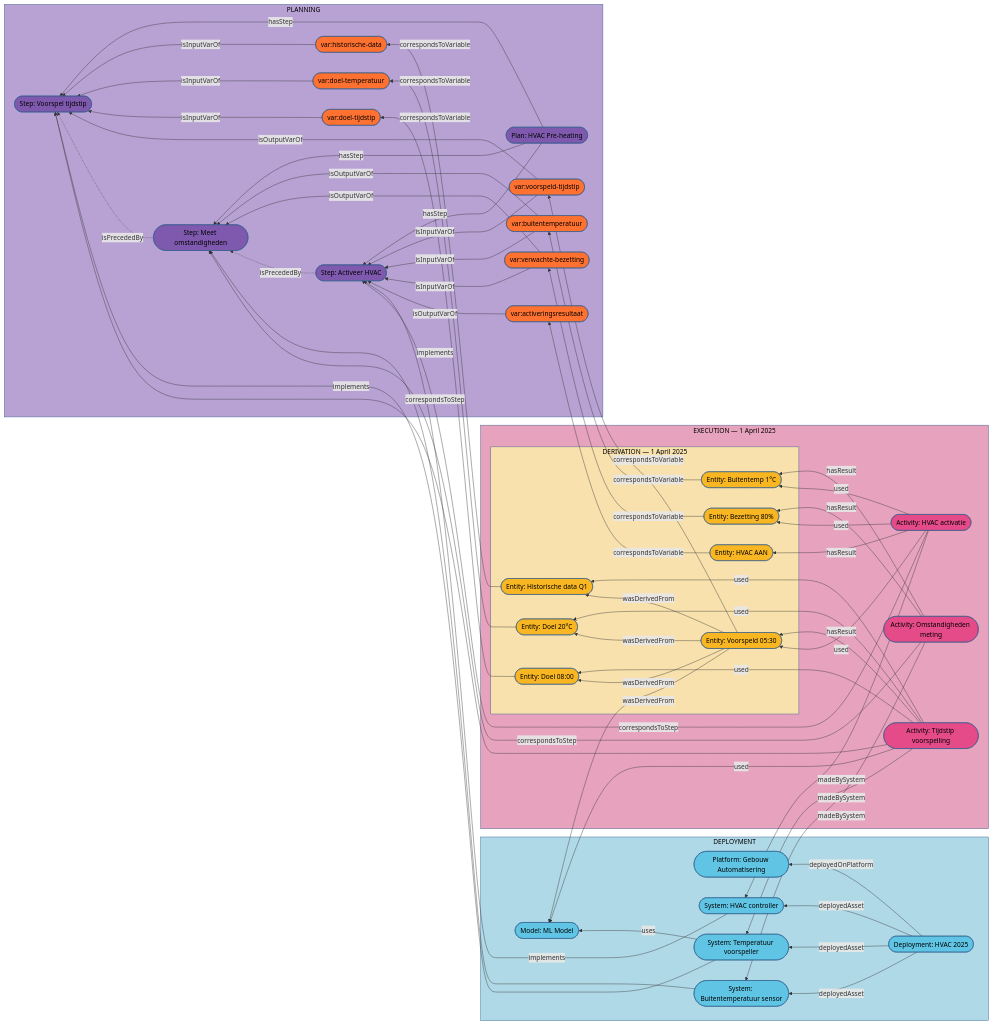
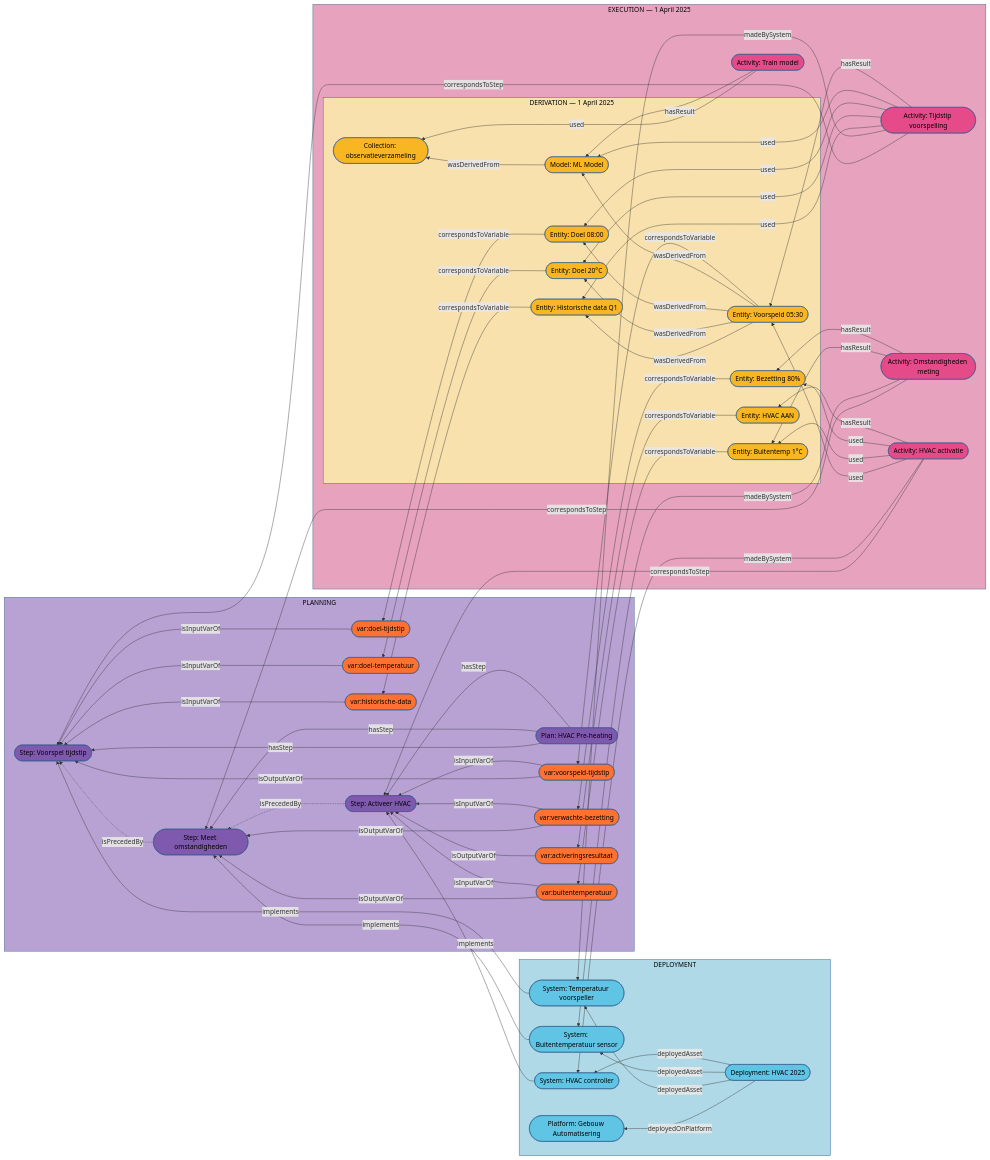
One commit to Informatievlaanderen/OSLOthema-SSNSOSA-VL changed the diagram in resources/EnergieManagementSystem/DatavoorbeeldPreHeatingHvac/DatavoorbeeldPreHeatingHvac_herzien.mmd. Above: the diagram before and after it, drawn with Mermaid. The commit also changed 1 other file, not shown here.

```diff
--- a/resources/EnergieManagementSystem/DatavoorbeeldPreHeatingHvac/DatavoorbeeldPreHeatingHvac_herzien.mmd
+++ b/resources/EnergieManagementSystem/DatavoorbeeldPreHeatingHvac/DatavoorbeeldPreHeatingHvac_herzien.mmd
@@ -1,156 +1,164 @@
 flowchart RL
 
 %% =====================================================
 %% PLANNING
 %% =====================================================
     subgraph PLANNING["PLANNING"]
         PLAN0([Plan: HVAC Pre-heating])
 
         STEP_voorspel([Step: Voorspel tijdstip])
         STEP_meet([Step: Meet omstandigheden])
         STEP_activeer([Step: Activeer HVAC])
 
         V_historisch([var:historische-data])
         V_doeltemp([var:doel-temperatuur])
         V_doeltijd([var:doel-tijdstip])
         V_voorspeld([var:voorspeld-tijdstip])
         V_buitentemp([var:buitentemperatuur])
         V_bezetting([var:verwachte-bezetting])
         V_resultaat([var:activeringsresultaat])
     end
 
     style PLANNING fill:#b8a2d4,stroke:#2E5C8A,color:#000
     style PLAN0 fill:#7f59ae,stroke:#2E5C8A,color:#000
     style STEP_voorspel fill:#7f59ae,stroke:#2E5C8A,color:#000
     style STEP_meet fill:#7f59ae,stroke:#2E5C8A,color:#000
     style STEP_activeer fill:#7f59ae,stroke:#2E5C8A,color:#000
 
     style V_historisch fill:#fe7130,stroke:#2E5C8A,color:#000
     style V_doeltemp fill:#fe7130,stroke:#2E5C8A,color:#000
     style V_doeltijd fill:#fe7130,stroke:#2E5C8A,color:#000
     style V_voorspeld fill:#fe7130,stroke:#2E5C8A,color:#000
     style V_buitentemp fill:#fe7130,stroke:#2E5C8A,color:#000
     style V_bezetting fill:#fe7130,stroke:#2E5C8A,color:#000
     style V_resultaat fill:#fe7130,stroke:#2E5C8A,color:#000
 
 %% Plan structuur
     PLAN0 -->|hasStep| STEP_voorspel
     PLAN0 -->|hasStep| STEP_meet
     PLAN0 -->|hasStep| STEP_activeer
 
     V_historisch -->|isInputVarOf| STEP_voorspel
     V_doeltemp -->|isInputVarOf| STEP_voorspel
     V_doeltijd -->|isInputVarOf| STEP_voorspel
     V_voorspeld -->|isOutputVarOf| STEP_voorspel
 
     V_buitentemp -->|isOutputVarOf| STEP_meet
     V_bezetting -->|isOutputVarOf| STEP_meet
 
     V_voorspeld -->|isInputVarOf| STEP_activeer
     V_buitentemp -->|isInputVarOf| STEP_activeer
     V_bezetting -->|isInputVarOf| STEP_activeer
     V_resultaat -->|isOutputVarOf| STEP_activeer
 
     STEP_activeer -.->|isPrecededBy| STEP_meet -.->|isPrecededBy| STEP_voorspel
 
 %% =====================================================
 %% DEPLOYMENT
 %% =====================================================
     subgraph DEPLOYMENT["DEPLOYMENT"]
         Platform([Platform: Gebouw Automatisering])
         Deployment([Deployment: HVAC 2025])
 
         SYS_voorspeller([System: Temperatuur voorspeller])
         SYS_temp_sensor([System: Buitentemperatuur sensor])
         SYS_hvac([System: HVAC controller])
-        MODEL_ml([Model: ML Model])
+
     end
 
     style DEPLOYMENT fill:#b0d9e7,stroke:#2E5C8A,color:#000
     style Platform fill:#60c4e4,stroke:#2E5C8A,color:#000
     style Deployment fill:#60c4e4,stroke:#2E5C8A,color:#000
     style SYS_voorspeller fill:#60c4e4,stroke:#2E5C8A,color:#000
     style SYS_temp_sensor fill:#60c4e4,stroke:#2E5C8A,color:#000
     style SYS_hvac fill:#60c4e4,stroke:#2E5C8A,color:#000
-    style MODEL_ml fill:#60c4e4,stroke:#2E5C8A,color:#000
+    style MODEL_ml fill:#f8b622,stroke:#2E5C8A,color:#000
 
     Deployment -->|deployedOnPlatform| Platform
     Deployment -->|deployedAsset| SYS_voorspeller
     Deployment -->|deployedAsset| SYS_temp_sensor
     Deployment -->|deployedAsset| SYS_hvac
 
     SYS_voorspeller -->|implements| STEP_voorspel
     SYS_temp_sensor -->|implements| STEP_meet
     SYS_hvac -->|implements| STEP_activeer
-    SYS_voorspeller -->|uses| MODEL_ml
+
 
 %% =====================================================
 %% EXECUTION
 %% =====================================================
-    subgraph EXECUTION["EXECUTION — 1 April 2025"]
-        Activity_voorspel([Activity: Tijdstip voorspelling])
-        Activity_meet([Activity: Omstandigheden meting])
-        Activity_activeer([Activity: HVAC activatie])
+subgraph EXECUTION["EXECUTION — 1 April 2025"]
+Activity_voorspel([Activity: Tijdstip voorspelling])
+Activity_meet([Activity: Omstandigheden meting])
+Activity_activeer([Activity: HVAC activatie])
+Activity_train_model([Activity: Train model])
 
-        subgraph DERIVATION["DERIVATION — 1 April 2025"]
-            I_historisch([Entity: Historische data Q1])
-            I_doeltemp([Entity: Doel 20°C])
-            I_doeltijd([Entity: Doel 08:00])
-            T_voorspeld([Entity: Voorspeld 05:30])
-            T_buitentemp([Entity: Buitentemp 1°C])
-            T_bezetting([Entity: Bezetting 80%])
-            R_status([Entity: HVAC AAN])
-        end
-    end
+subgraph DERIVATION["DERIVATION — 1 April 2025"]
+I_historisch([Entity: Historische data Q1])
+I_doeltemp([Entity: Doel 20°C])
+I_doeltijd([Entity: Doel 08:00])
+T_voorspeld([Entity: Voorspeld 05:30])
+T_buitentemp([Entity: Buitentemp 1°C])
+T_bezetting([Entity: Bezetting 80%])
+R_status([Entity: HVAC AAN])
+MODEL_ml([Model: ML Model])
+Collection_observatieverzameling([Collection: observatieverzameling])
+end
+end
 
-    style DERIVATION fill:#f8e1ad,stroke:#2E5C8A,color:#000
-    style EXECUTION fill:#e7a3be,stroke:#2E5C8A,color:#000
-    style Activity_voorspel fill:#e54b89,stroke:#2E5C8A,color:#000
-    style Activity_meet fill:#e54b89,stroke:#2E5C8A,color:#000
-    style Activity_activeer fill:#e54b89,stroke:#2E5C8A,color:#000
+style DERIVATION fill:#f8e1ad,stroke:#2E5C8A,color:#000
+style EXECUTION fill:#e7a3be,stroke:#2E5C8A,color:#000
+style Activity_voorspel fill:#e54b89,stroke:#2E5C8A,color:#000
+style Activity_train_model fill:#e54b89,stroke:#2E5C8A,color:#000
+style Activity_meet fill:#e54b89,stroke:#2E5C8A,color:#000
+style Activity_activeer fill:#e54b89,stroke:#2E5C8A,color:#000
 
-    style I_historisch fill:#f8b622,stroke:#2E5C8A,color:#000
-    style I_doeltemp fill:#f8b622,stroke:#2E5C8A,color:#000
-    style I_doeltijd fill:#f8b622,stroke:#2E5C8A,color:#000
-    style T_voorspeld fill:#f8b622,stroke:#2E5C8A,color:#000
-    style T_buitentemp fill:#f8b622,stroke:#2E5C8A,color:#000
-    style T_bezetting fill:#f8b622,stroke:#2E5C8A,color:#000
-    style R_status fill:#f8b622,stroke:#2E5C8A,color:#000
+style I_historisch fill:#f8b622,stroke:#2E5C8A,color:#000
+style I_doeltemp fill:#f8b622,stroke:#2E5C8A,color:#000
+style I_doeltijd fill:#f8b622,stroke:#2E5C8A,color:#000
+style T_voorspeld fill:#f8b622,stroke:#2E5C8A,color:#000
+style T_buitentemp fill:#f8b622,stroke:#2E5C8A,color:#000
+style T_bezetting fill:#f8b622,stroke:#2E5C8A,color:#000
+style R_status fill:#f8b622,stroke:#2E5C8A,color:#000
+style Collection_observatieverzameling fill:#f8b622,stroke:#2E5C8A,color:#000
 
 %% Activity relaties
-    Activity_voorspel -->|correspondsToStep| STEP_voorspel
-    Activity_meet -->|correspondsToStep| STEP_meet
-    Activity_activeer -->|correspondsToStep| STEP_activeer
+Activity_voorspel -->|correspondsToStep| STEP_voorspel
+Activity_meet -->|correspondsToStep| STEP_meet
+Activity_activeer -->|correspondsToStep| STEP_activeer
 
-    Activity_voorspel -->|madeBySystem| SYS_voorspeller
-    Activity_meet -->|madeBySystem| SYS_temp_sensor
-    Activity_activeer -->|madeBySystem| SYS_hvac
+Activity_voorspel -->|madeBySystem| SYS_voorspeller
+Activity_meet -->|madeBySystem| SYS_temp_sensor
+Activity_activeer -->|madeBySystem| SYS_hvac
 
-    Activity_voorspel -->|used| I_historisch
-    Activity_voorspel -->|used| I_doeltemp
-    Activity_voorspel -->|used| I_doeltijd
-    Activity_voorspel -->|used| MODEL_ml
-    Activity_voorspel -->|hasResult| T_voorspeld
+Activity_voorspel -->|used| I_historisch
+Activity_voorspel -->|used| I_doeltemp
+Activity_voorspel -->|used| I_doeltijd
+Activity_voorspel -->|used| MODEL_ml
+Activity_train_model -->|used| Collection_observatieverzameling
+Activity_voorspel -->|hasResult| T_voorspeld
+Activity_train_model -->|hasResult| MODEL_ml
 
-    Activity_meet -->|hasResult| T_buitentemp
-    Activity_meet -->|hasResult| T_bezetting
+Activity_meet -->|hasResult| T_buitentemp
+Activity_meet -->|hasResult| T_bezetting
 
-    Activity_activeer -->|used| T_voorspeld
-    Activity_activeer -->|used| T_buitentemp
-    Activity_activeer -->|used| T_bezetting
-    Activity_activeer -->|hasResult| R_status
+Activity_activeer -->|used| T_voorspeld
+Activity_activeer -->|used| T_buitentemp
+Activity_activeer -->|used| T_bezetting
+Activity_activeer -->|hasResult| R_status
 
 %% Derivatie
-    T_voorspeld -->|wasDerivedFrom| I_historisch
-    T_voorspeld -->|wasDerivedFrom| I_doeltemp
-    T_voorspeld -->|wasDerivedFrom| I_doeltijd
-    T_voorspeld -->|wasDerivedFrom| MODEL_ml
+T_voorspeld -->|wasDerivedFrom| I_historisch
+T_voorspeld -->|wasDerivedFrom| I_doeltemp
+T_voorspeld -->|wasDerivedFrom| I_doeltijd
+T_voorspeld -->|wasDerivedFrom| MODEL_ml
+MODEL_ml -->|wasDerivedFrom| Collection_observatieverzameling
 
 %% Entity ↔ Variable
-    I_historisch -->|correspondsToVariable| V_historisch
-    I_doeltemp -->|correspondsToVariable| V_doeltemp
-    I_doeltijd -->|correspondsToVariable| V_doeltijd
-    T_voorspeld -->|correspondsToVariable| V_voorspeld
-    T_buitentemp -->|correspondsToVariable| V_buitentemp
-    T_bezetting -->|correspondsToVariable| V_bezetting
-    R_status -->|correspondsToVariable| V_resultaat
+I_historisch -->|correspondsToVariable| V_historisch
+I_doeltemp -->|correspondsToVariable| V_doeltemp
+I_doeltijd -->|correspondsToVariable| V_doeltijd
+T_voorspeld -->|correspondsToVariable| V_voorspeld
+T_buitentemp -->|correspondsToVariable| V_buitentemp
+T_bezetting -->|correspondsToVariable| V_bezetting
+R_status -->|correspondsToVariable| V_resultaat
```
